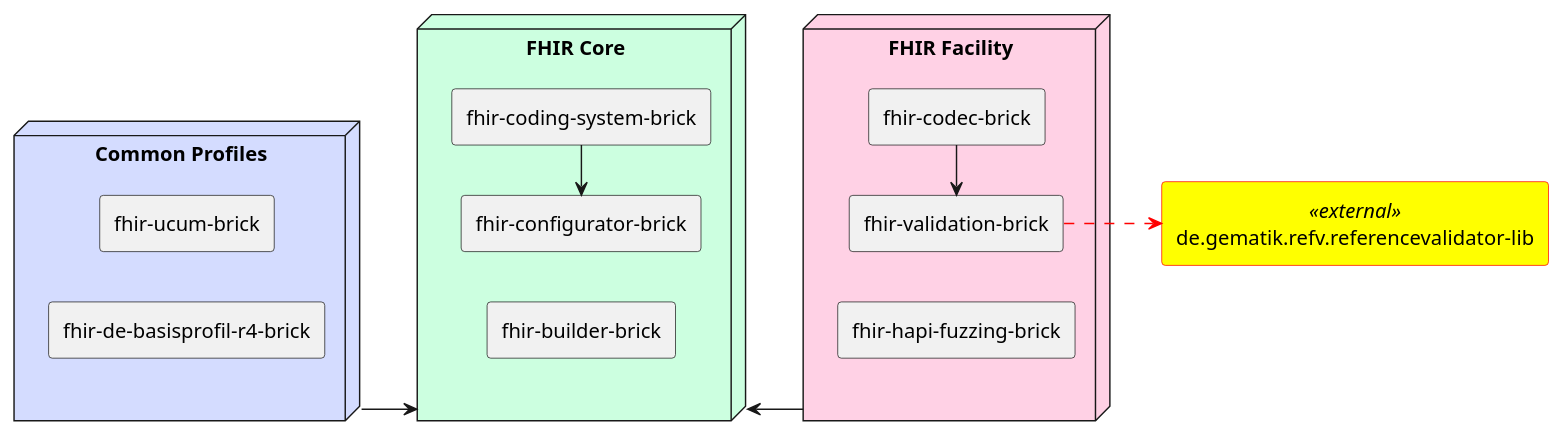
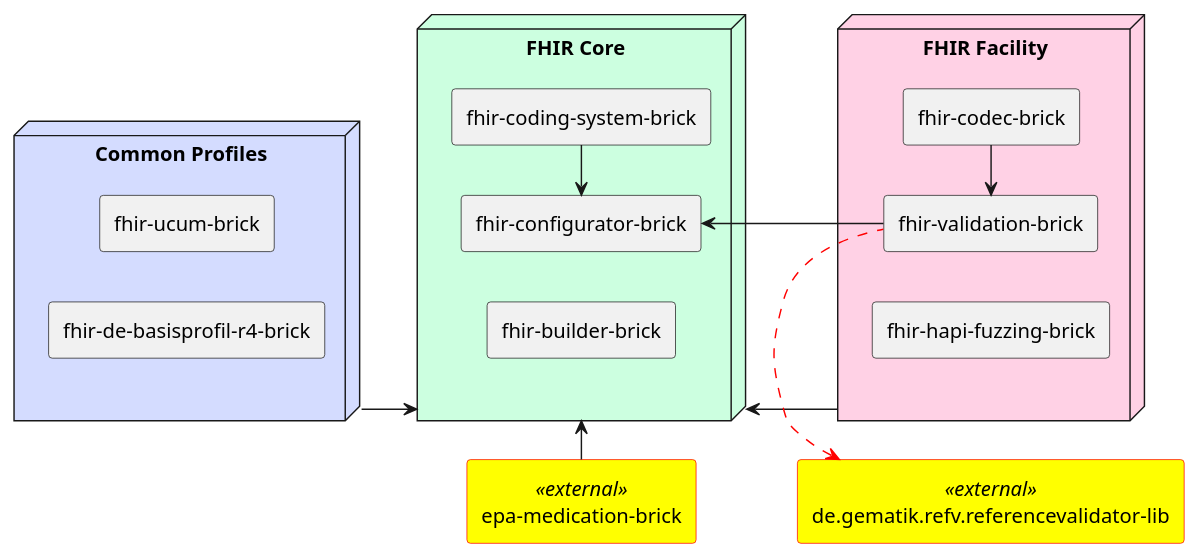
The diagram in adocs/plantuml/fhir-bricks.puml (gematik/lib-bbriccs), drawn with PlantUML before and after one commit. The commit also changed 239 other files, not shown here.

```diff
--- a/adocs/plantuml/fhir-bricks.puml
+++ b/adocs/plantuml/fhir-bricks.puml
@@ -1,36 +1,39 @@
 @startuml
 skinparam componentStyle rectangle
 left to right direction
 
 skinparam component {
     BackgroundColor<<external>> Yellow
     BorderColor<<external>> Red
 }
 
 node "Common Profiles" #D4DCFF {
     [fhir-ucum-brick]
     [fhir-de-basisprofil-r4-brick]
 }
+
+[epa-medication-brick] <<external>>
 
 node "FHIR Facility" #FFD1E5 {
     [fhir-validation-brick]
     [fhir-codec-brick]
     [fhir-hapi-fuzzing-brick]
 }
 
 node "FHIR Core" #CCFFE0 {
     [fhir-configurator-brick]
     [fhir-coding-system-brick]
     [fhir-builder-brick]
 }
 
 [de.gematik.refv.referencevalidator-lib] <<external>>
 
 [FHIR Facility] -up-> [FHIR Core]
 [Common Profiles] -down-> [FHIR Core]
+[epa-medication-brick] -right-> [FHIR Core]
 
 [fhir-codec-brick] -left-> [fhir-validation-brick]
 [fhir-coding-system-brick] -left-> [fhir-configurator-brick]
-[fhir-validation-brick] -[#red,dashed]-> [de.gematik.refv.referencevalidator-lib]
-
+[fhir-validation-brick] -[#red,dashed]left-> [de.gematik.refv.referencevalidator-lib]
+[fhir-validation-brick] -left-> [fhir-configurator-brick]
 @enduml
```
